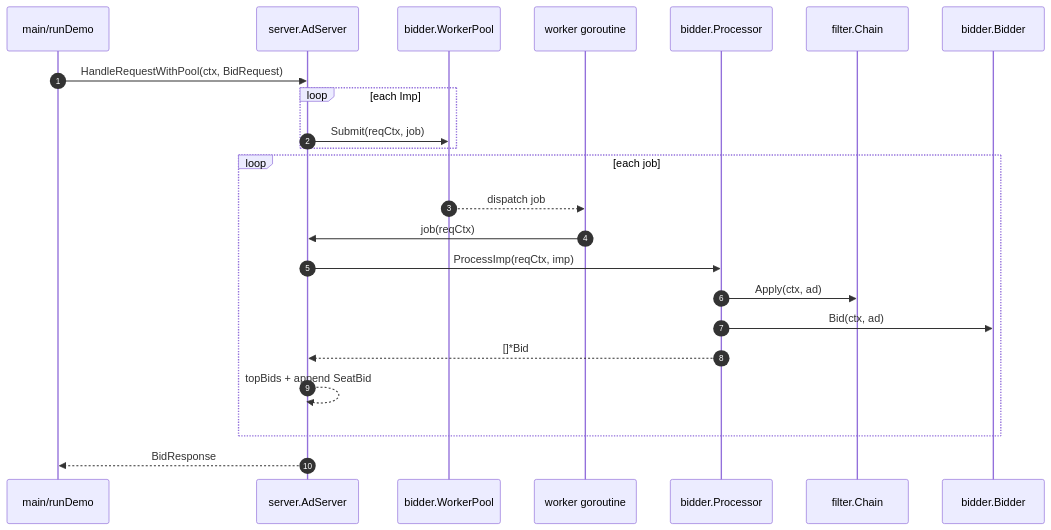
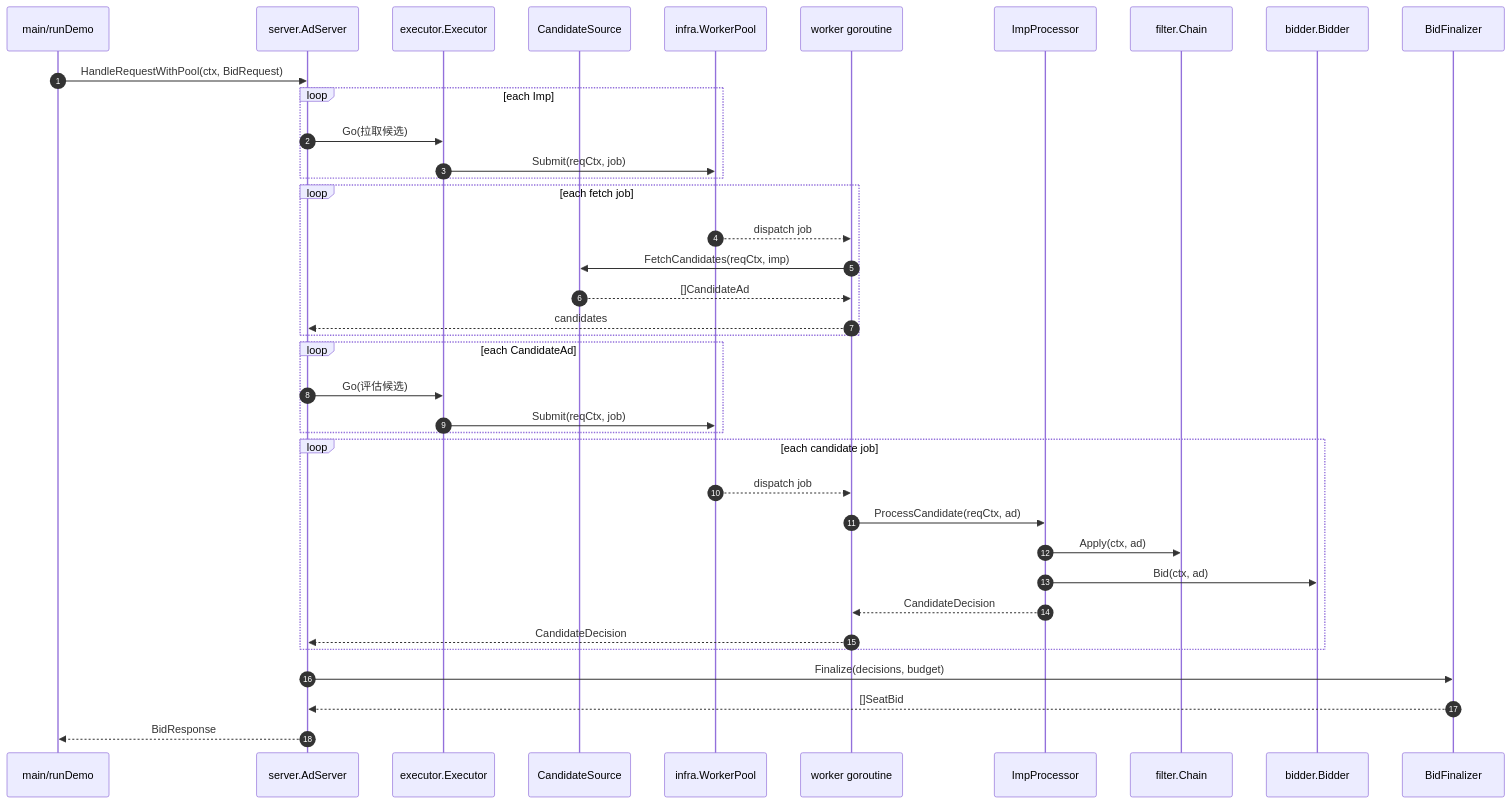
One commit to songfei1983/adreq changed the second of 2 diagrams in docs/sequence.zh.md. Above: the diagram before and after it, drawn with Mermaid. The commit also changed other lines of this file and 27 other files, not shown here.

````diff
--- a/docs/sequence.zh.md
+++ b/docs/sequence.zh.md
@@ -48,26 +53,41 @@
 ```mermaid
 sequenceDiagram
   autonumber
   participant Caller as main/runDemo
   participant S as server.AdServer
-  participant WP as bidder.WorkerPool
+  participant E as executor.Executor
+  participant CS as CandidateSource
+  participant WP as infra.WorkerPool
   participant W as worker goroutine
-  participant P as bidder.Processor
+  participant P as ImpProcessor
   participant FC as filter.Chain
   participant B as bidder.Bidder
+  participant Fin as BidFinalizer
 
   Caller->>S: HandleRequestWithPool(ctx, BidRequest)
   loop each Imp
-    S->>WP: Submit(reqCtx, job)
+    S->>E: Go(拉取候选)
+    E->>WP: Submit(reqCtx, job)
   end
-  loop each job
+  loop each fetch job
     WP-->>W: dispatch job
-    W->>S: job(reqCtx)
-    S->>P: ProcessImp(reqCtx, imp)
+    W->>CS: FetchCandidates(reqCtx, imp)
+    CS-->>W: []CandidateAd
+    W-->>S: candidates
+  end
+  loop each CandidateAd
+    S->>E: Go(评估候选)
+    E->>WP: Submit(reqCtx, job)
+  end
+  loop each candidate job
+    WP-->>W: dispatch job
+    W->>P: ProcessCandidate(reqCtx, ad)
     P->>FC: Apply(ctx, ad)
     P->>B: Bid(ctx, ad)
-    P-->>S: []*Bid
-    S-->>S: topBids + append SeatBid
+    P-->>W: CandidateDecision
+    W-->>S: CandidateDecision
   end
+  S->>Fin: Finalize(decisions, budget)
+  Fin-->>S: []SeatBid
   S-->>Caller: BidResponse
 ```
````
